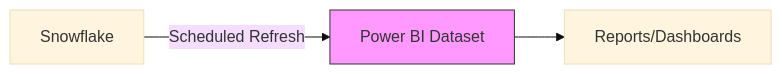
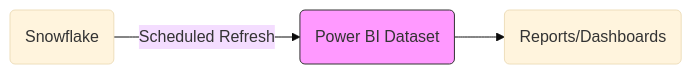
The first of 2 diagrams in docs/bi-tools/power-bi.md (svc-bi-concepts/SnowflakeTutorials), drawn with Mermaid (base theme) before and after one commit. The commit also changed other lines of this file and 35 other files, not shown here.

First line of the commit message:
Add MFA warnings and improve Mermaid diagram styling

````diff
--- a/docs/bi-tools/power-bi.md
+++ b/docs/bi-tools/power-bi.md
@@ -242,6 +254,6 @@
 ```mermaid
 graph LR
-    A[Snowflake] -->|Scheduled Refresh| B[Power BI Dataset]
-    B --> C[Reports/Dashboards]
+    A(Snowflake) -->|Scheduled Refresh| B(Power BI Dataset)
+    B --> C(Reports/Dashboards)
     style B fill:#f9f,stroke:#333
 ```
````
